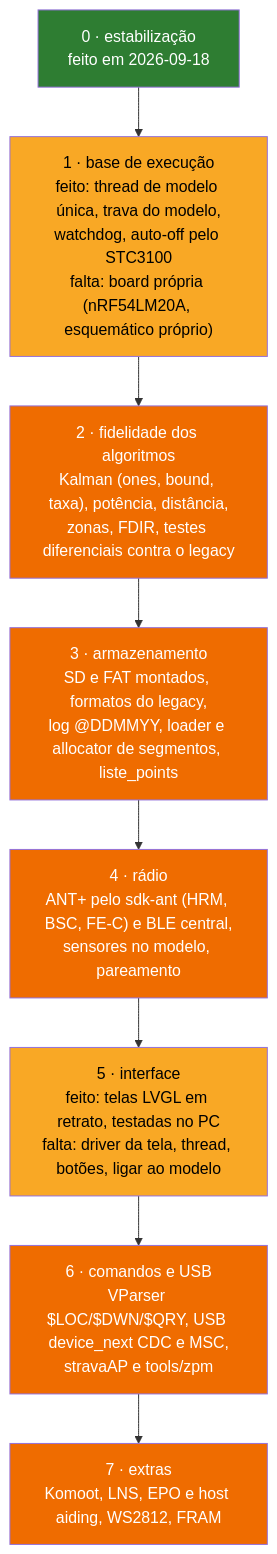
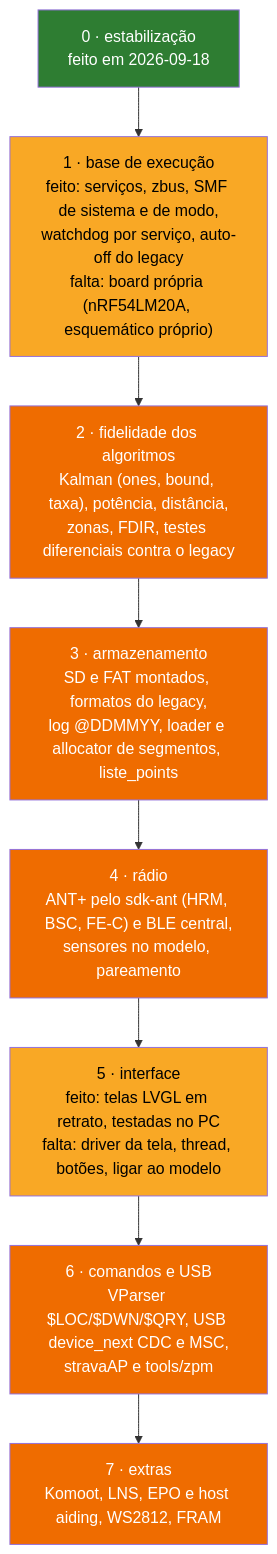
Before and after one commit to Guiimartinho/gnss-bike-computer: the second of 2 diagrams in docs/10-status-do-port.md, drawn with Mermaid. The commit also changed other lines of this file and 110 other files, not shown here.

````diff
--- a/docs/10-status-do-port.md
+++ b/docs/10-status-do-port.md
@@ -98,14 +112,14 @@
 ```mermaid
 flowchart TD
     F0["0 · estabilização<br/>feito em 2026-09-18"]:::done --> F1
-    F1["1 · base de execução<br/>feito: thread de modelo única, trava do modelo,<br/>watchdog, auto-off pelo STC3100<br/>falta: board própria (nRF54LM20A, esquemático próprio)"]:::partial --> F2
+    F1["1 · base de execução<br/>feito: serviços, zbus, SMF de sistema e de modo,<br/>watchdog por serviço, auto-off do legacy<br/>falta: board própria (nRF54LM20A, esquemático próprio)"]:::partial --> F2
     F2["2 · fidelidade dos algoritmos<br/>Kalman (ones, bound, taxa), potência, distância,<br/>zonas, FDIR, testes diferenciais contra o legacy"]:::pending --> F3
     F3["3 · armazenamento<br/>SD e FAT montados, formatos do legacy,<br/>log @DDMMYY, loader e allocator de segmentos, liste_points"]:::pending --> F4
     F4["4 · rádio<br/>ANT+ pelo sdk-ant (HRM, BSC, FE-C) e BLE central,<br/>sensores no modelo, pareamento"]:::pending --> F5
     F5["5 · interface<br/>feito: telas LVGL em retrato, testadas no PC<br/>falta: driver da tela, thread, botões, ligar ao modelo"]:::partial --> F6
     F6["6 · comandos e USB<br/>VParser $LOC/$DWN/$QRY, USB device_next CDC e MSC,<br/>stravaAP e tools/zpm"]:::pending --> F7
     F7["7 · extras<br/>Komoot, LNS, EPO e host aiding, WS2812, FRAM"]:::pending
     classDef done fill:#2e7d32,color:#ffffff
     classDef partial fill:#f9a825,color:#000000
     classDef pending fill:#ef6c00,color:#ffffff
 ```
````
